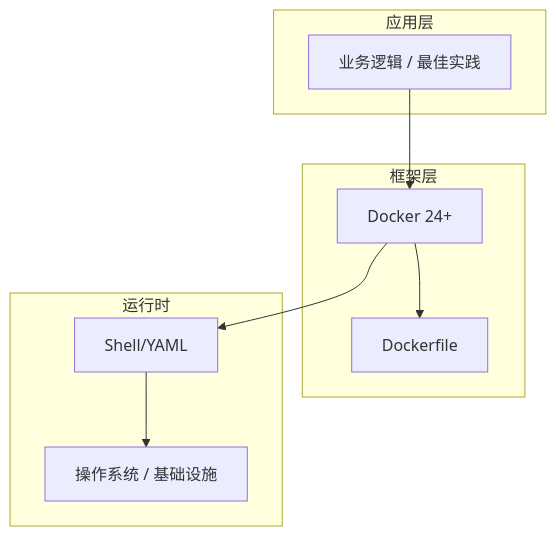
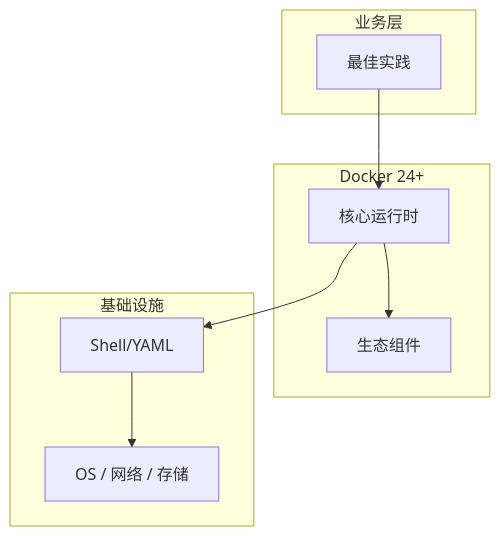
Before and after one commit to yanggan2015/knowledge-json-v2: the diagram in articles/Docker/chapters/095-最佳实践核心概念与原理.md, drawn with Mermaid. The commit also changed other lines of this file and 10127 other files, not shown here.

````diff
--- a/articles/Docker/chapters/095-最佳实践核心概念与原理.md
+++ b/articles/Docker/chapters/095-最佳实践核心概念与原理.md
@@ -45,18 +34,18 @@
 ```mermaid
 graph TB
-    subgraph 应用层
-        A[业务逻辑 / 最佳实践]
+    subgraph 业务层
+        A[最佳实践]
     end
-    subgraph 框架层
-        B[Docker 24+]
-        C[Dockerfile]
+    subgraph Docker 24+
+        B[核心运行时]
+        C[生态组件]
     end
-    subgraph 运行时
+    subgraph 基础设施
         D[Shell/YAML]
-        E[操作系统 / 基础设施]
+        E[OS / 网络 / 存储]
     end
     A --> B
     B --> C
     B --> D
     D --> E
 ```
````
